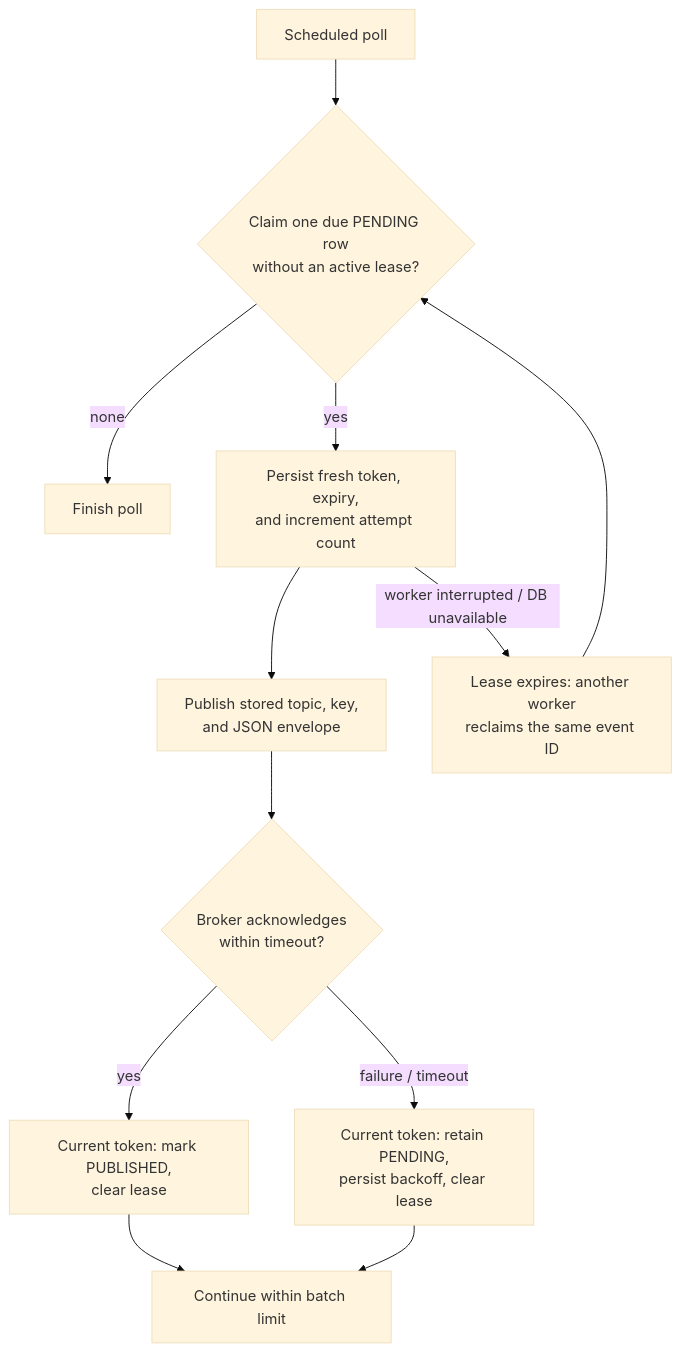
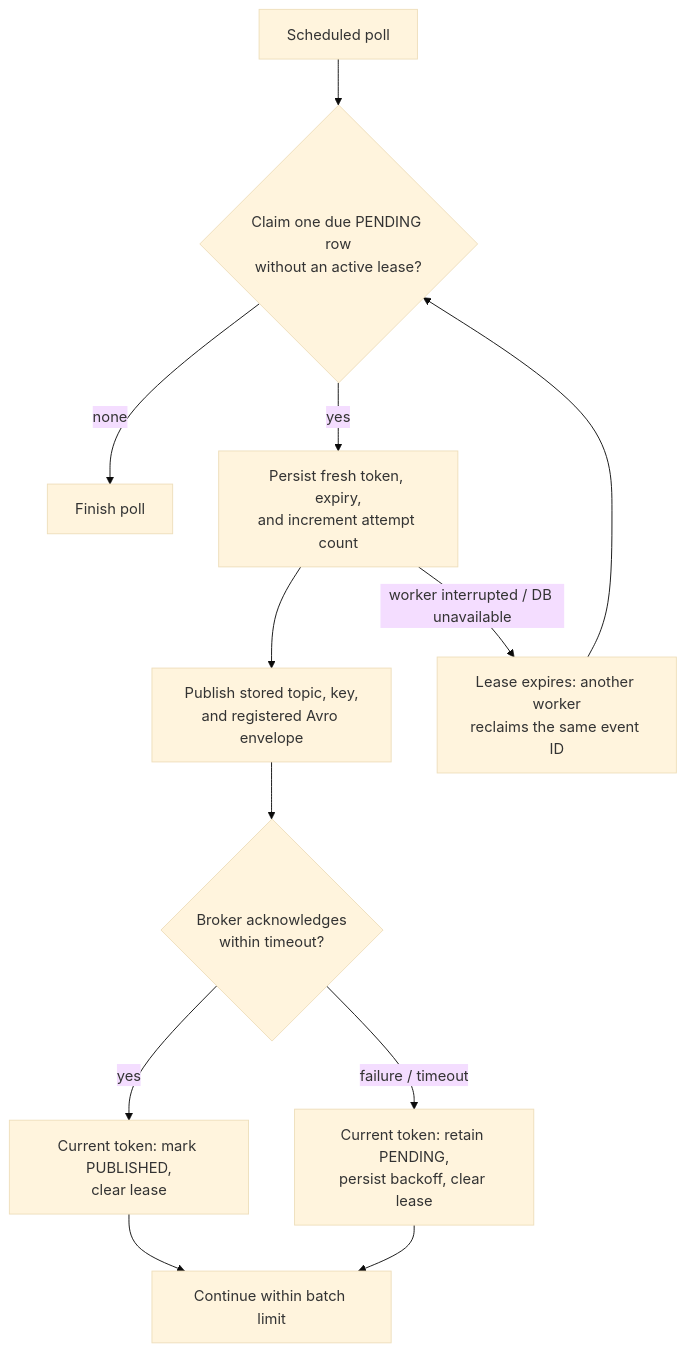
One commit to ChangeGuardHQ/changuard-platform changed the eighth of 12 diagrams in backend/README.md. Above: the diagram before and after it, drawn with Mermaid (base theme). The commit also changed other lines of this file and 53 other files, not shown here.

````diff
--- a/backend/README.md
+++ b/backend/README.md
@@ -571,14 +600,14 @@
 ```mermaid
 flowchart TD
     Poll["Scheduled poll"] --> Claim{"Claim one due PENDING row<br/>without an active lease?"}
     Claim -->|"none"| Stop["Finish poll"]
     Claim -->|"yes"| Lease["Persist fresh token, expiry,<br/>and increment attempt count"]
-    Lease --> Send["Publish stored topic, key,<br/>and JSON envelope"]
+    Lease --> Send["Publish stored topic, key,<br/>and registered Avro envelope"]
     Send --> Ack{"Broker acknowledges<br/>within timeout?"}
     Ack -->|"yes"| Published["Current token: mark PUBLISHED,<br/>clear lease"]
     Ack -->|"failure / timeout"| Retry["Current token: retain PENDING,<br/>persist backoff, clear lease"]
     Published --> Next["Continue within batch limit"]
     Retry --> Next
     Lease -->|"worker interrupted / DB unavailable"| Expiry["Lease expires: another worker<br/>reclaims the same event ID"]
     Expiry --> Claim
 ```
````
